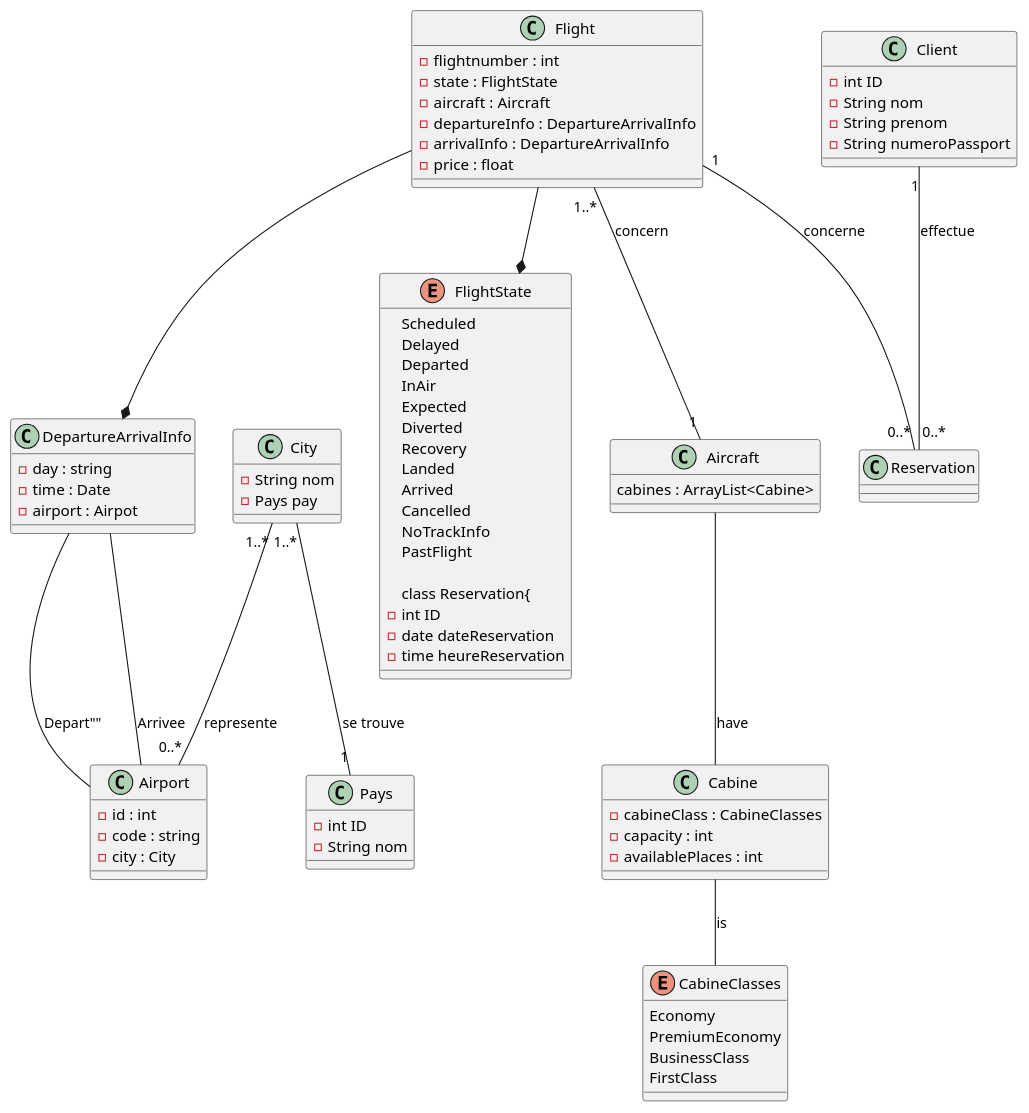
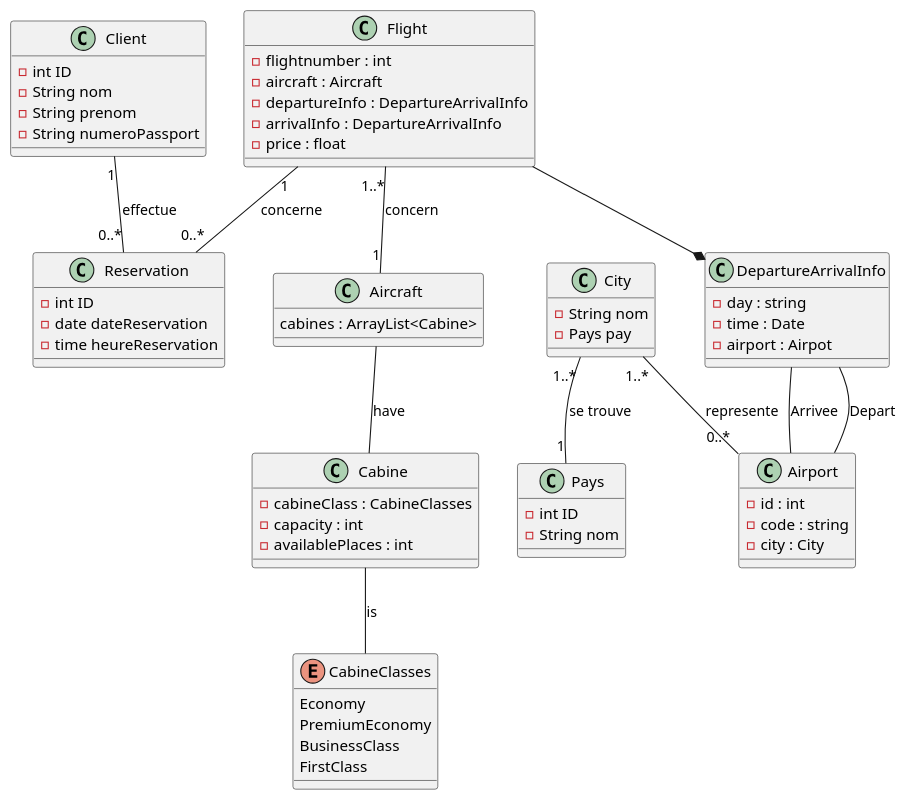
One commit to HamzaBht/Project_JAVA_EE changed the diagram in Resources/Class.plantuml. Above: the diagram before and after it, drawn with PlantUML.

Commit message:
remove FlightState as we won't need it

```diff
--- a/Resources/Class.plantuml
+++ b/Resources/Class.plantuml
@@ -1,79 +1,63 @@
 @startuml Vols
 class Flight{
     - flightnumber : int 
-    - state : FlightState
     - aircraft : Aircraft
     - departureInfo : DepartureArrivalInfo
     - arrivalInfo : DepartureArrivalInfo
     - price : float
 }
 class DepartureArrivalInfo{
     - day : string
     - time : Date
     - airport : Airpot
 }
-enum FlightState{
-    Scheduled
-    Delayed
-    Departed
-    InAir
-    Expected
-    Diverted
-    Recovery
-    Landed
-    Arrived
-    Cancelled
-    NoTrackInfo
-    PastFlight
-
 class Reservation{
     -int ID
     -date dateReservation
     -time heureReservation
 }
 class Client{
     -int ID
     -String nom
     -String prenom
     -String numeroPassport
 }
 class Airport{
     - id : int
     - code : string
     - city : City
 }
 class City{
     -String nom
     -Pays pay
 }
 class Cabine{
     - cabineClass : CabineClasses
     - capacity : int
     - availablePlaces : int
 }
 enum CabineClasses{
     Economy
     PremiumEconomy
     BusinessClass
     FirstClass
 }
 class Aircraft{
     cabines : ArrayList<Cabine>
 }
 class Pays{
     -int ID
     -String nom
 }
 
 Flight "1" -- "0..*" Reservation :concerne 
 Client "1" -- "0..*" Reservation :effectue 
 Flight "1..*" -- "1" Aircraft :concern
 City "1..*" -- "0..*" Airport :represente
 City "1..*" -- "1" Pays :se trouve
 Flight --* DepartureArrivalInfo
-Flight --* FlightState
-DepartureArrivalInfo -- Airport : Depart""
+DepartureArrivalInfo -- Airport : "Depart"
 Airport -- DepartureArrivalInfo : "Arrivee"
 Aircraft -- Cabine : "have"
 Cabine -- CabineClasses : "is"
 @enduml
```
